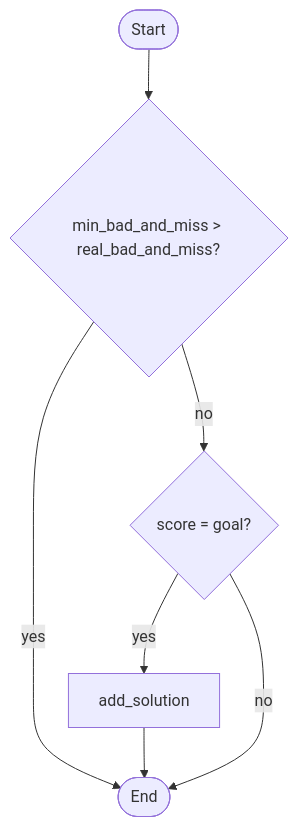
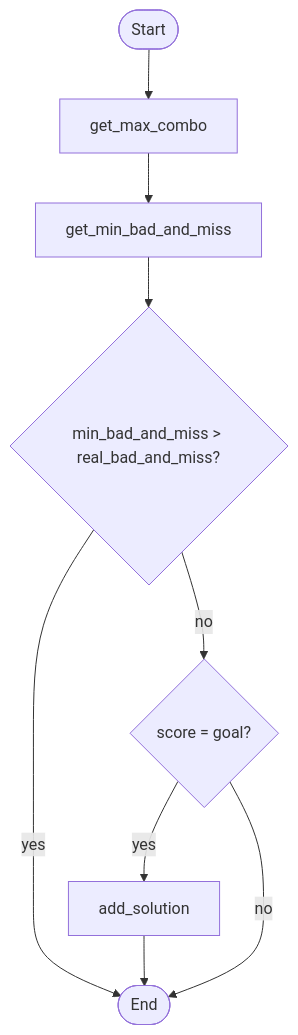
Before and after one commit to Destruction321/PhigrosScoreCalculator: the third of 4 diagrams in README.md, drawn with Mermaid.

Commit message:
modified:   README.md

````diff
--- a/README.md
+++ b/README.md
@@ -300,14 +300,16 @@
             ```mermaid
             graph TD
                 Start([Start])
+                get_max_combo[get_max_combo]
+                get_min_bad_and_miss[get_min_bad_and_miss]
                 check_bad_and_miss{min_bad_and_miss > real_bad_and_miss?}
                 check_score{score = goal?}
                 add_solution[add_solution]
                 End([End])
 
-                Start --> check_bad_and_miss
+                Start --> get_max_combo --> get_min_bad_and_miss --> check_bad_and_miss
                 check_bad_and_miss -- yes --> End
                 check_bad_and_miss -- no --> check_score
                 check_score -- yes --> add_solution --> End
                 check_score -- no --> End
             ```
````
